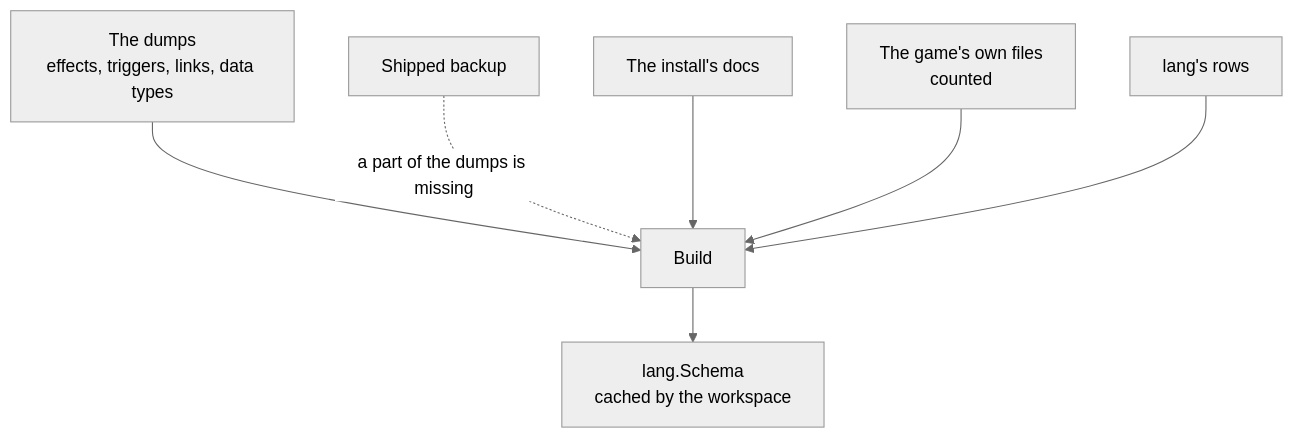
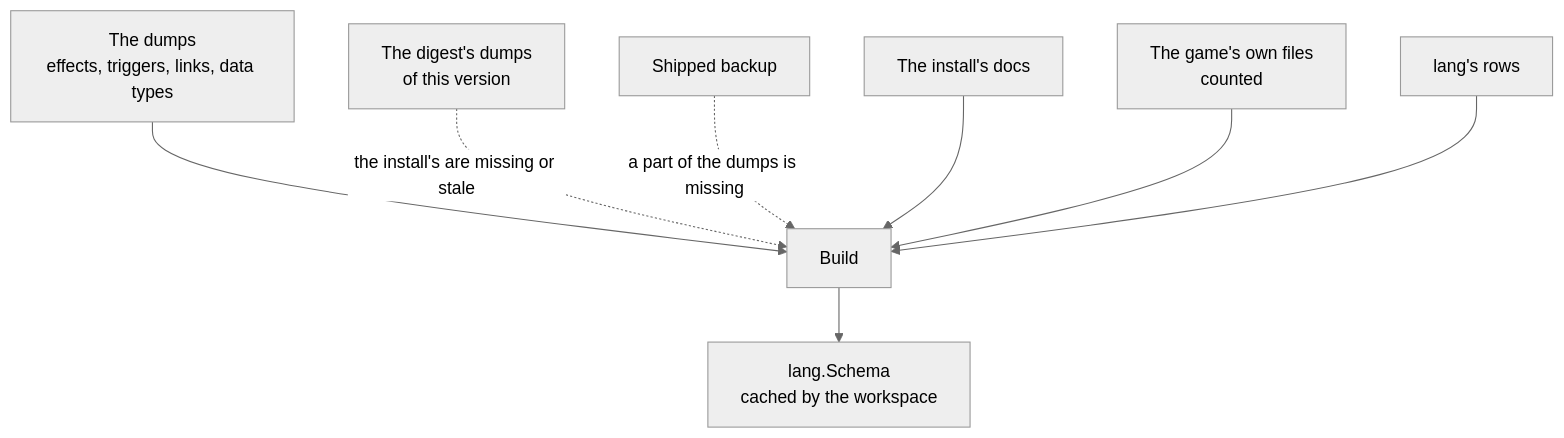
Before and after one commit to idodavis/paradox-modding-tools: the diagram in internal/schema/README.md, drawn with Mermaid (neutral theme). The commit also changed other lines of this file and 120 other files, not shown here.

````diff
--- a/internal/schema/README.md
+++ b/internal/schema/README.md
@@ -20,9 +20,10 @@
 ```mermaid
 flowchart TD
   dumps["The dumps<br/>effects, triggers, links, data types"] --> build
+  digest["The digest's dumps<br/>of this version"] -.->|the install's are missing or stale| build
   shipped["Shipped backup"] -.->|a part of the dumps is missing| build
   docs["The install's docs"] --> build
   own["The game's own files<br/>counted"] --> build
   rows["lang's rows"] --> build
   build["Build"] --> schema["lang.Schema<br/>cached by the workspace"]
 ```
````
